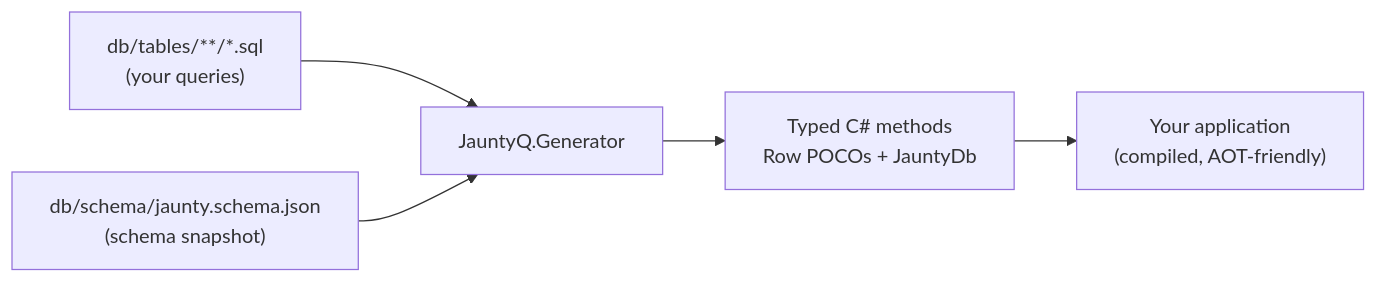
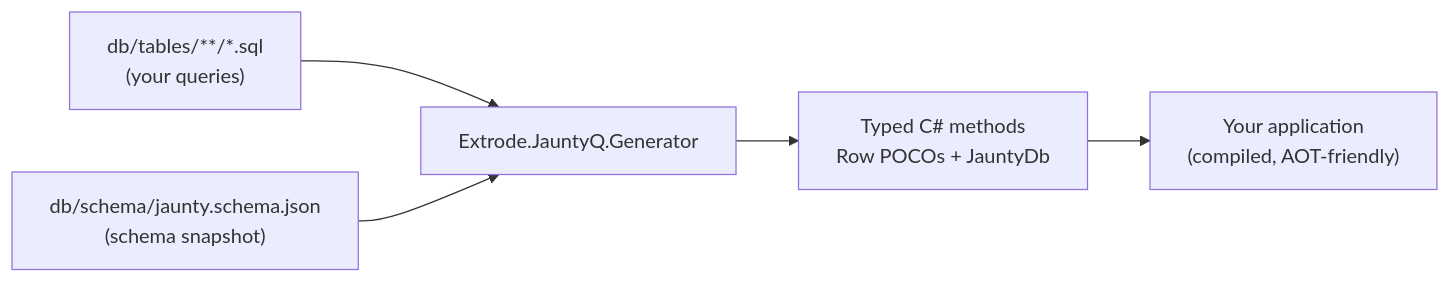
The diagram in docs/02-learn/README.md (extrode/jauntyq), drawn with Mermaid before and after one commit. The commit also changed other lines of this file and 1813 other files, not shown here.

````diff
--- a/docs/02-learn/README.md
+++ b/docs/02-learn/README.md
@@ -28,7 +28,7 @@
 ```mermaid
 flowchart LR
-    A["db/tables/**/*.sql\n(your queries)"] --> C[JauntyQ.Generator]
+    A["db/tables/**/*.sql\n(your queries)"] --> C[Extrode.JauntyQ.Generator]
     B["db/schema/jaunty.schema.json\n(schema snapshot)"] --> C
     C --> D["Typed C# methods\nRow POCOs + JauntyDb"]
     D --> E["Your application\n(compiled, AOT-friendly)"]
 ```
````
